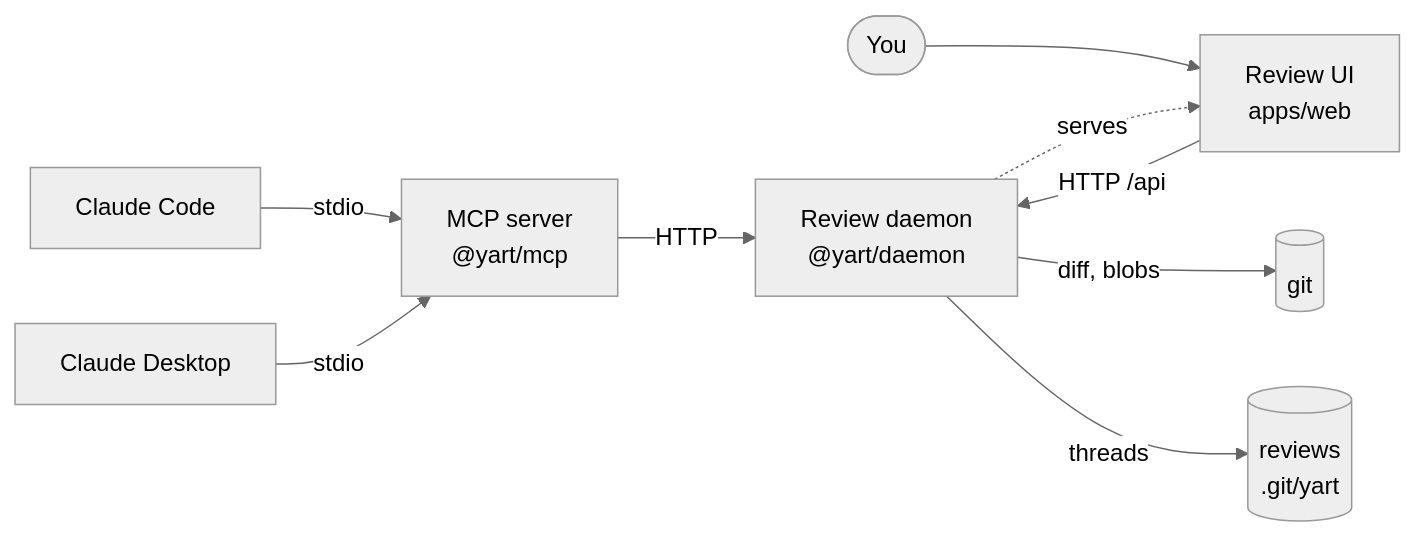
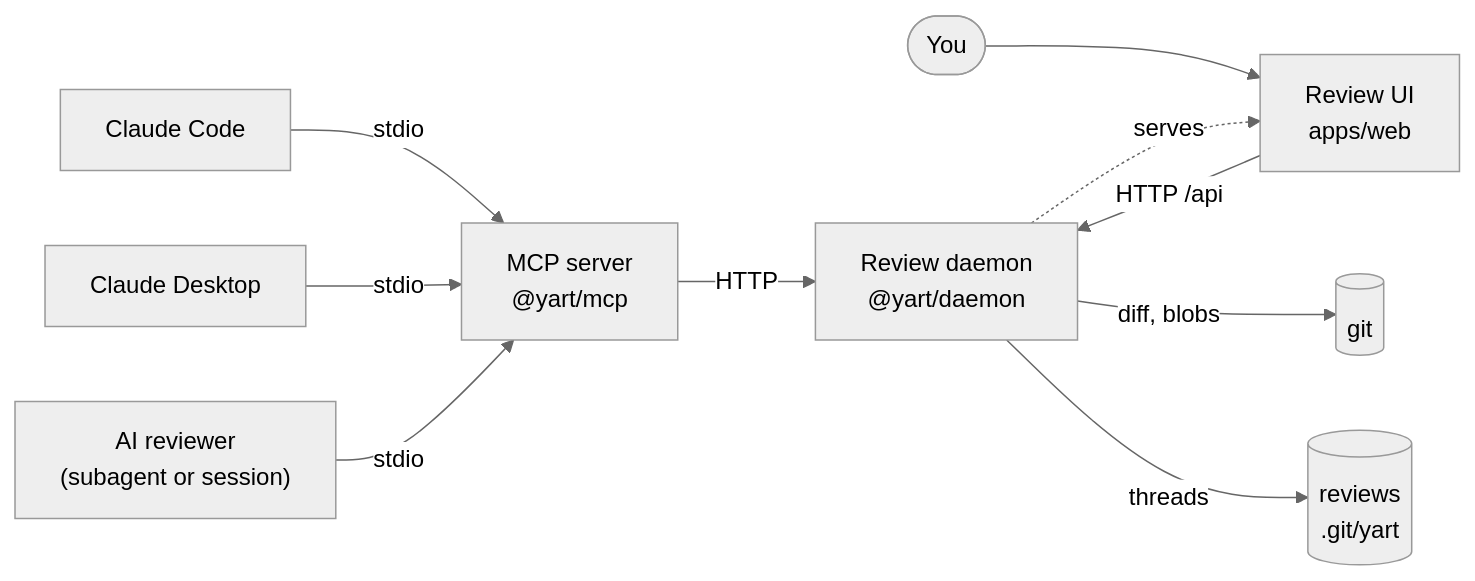
Before and after one commit to J3MPA/yart: the first of 4 diagrams in README.md, drawn with Mermaid (neutral theme). The commit also changed other lines of this file, not shown here.

````diff
--- a/README.md
+++ b/README.md
@@ -78,20 +84,22 @@
 ```mermaid
 flowchart LR
     CC["Claude Code"]
     CD["Claude Desktop"]
+    REV["AI reviewer<br/>(subagent or session)"]
     MCP["MCP server<br/>@yart/mcp"]
     DAEMON["Review daemon<br/>@yart/daemon"]
     UI["Review UI<br/>apps/web"]
     HUMAN(["You"])
     GIT[("git")]
     STORE[("reviews<br/>.git/yart")]
 
     CC -- stdio --> MCP
     CD -- stdio --> MCP
+    REV -- stdio --> MCP
     MCP -- HTTP --> DAEMON
     HUMAN --> UI
     UI -- "HTTP /api" --> DAEMON
     DAEMON -. serves .-> UI
     DAEMON -- "diff, blobs" --> GIT
     DAEMON -- threads --> STORE
 ```
````
